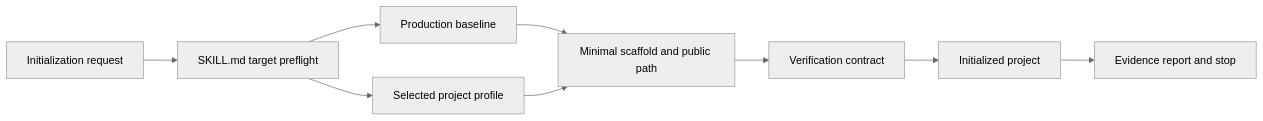
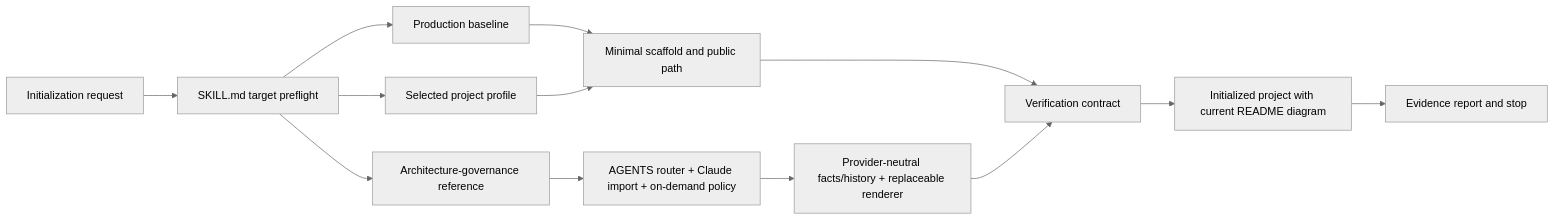
Before and after one commit to helloimcx/skills: the diagram in docs/architecture/modules/project-setup.md, drawn with Mermaid (neutral theme). The commit also changed other lines of this file and 13 other files, not shown here.

Commit message:
feat: add architecture governance to project setup

````diff
--- a/docs/architecture/modules/project-setup.md
+++ b/docs/architecture/modules/project-setup.md
@@ -39,11 +46,15 @@
 ```mermaid
 flowchart LR
     A["Initialization request"] --> B["SKILL.md target preflight"]
     B --> C["Production baseline"]
     B --> D["Selected project profile"]
+    B --> K["Architecture-governance reference"]
     C --> E["Minimal scaffold and public path"]
     D --> E
+    K --> P["AGENTS router + Claude import + on-demand policy"]
+    P --> R["Provider-neutral facts/history + replaceable renderer"]
     E --> F["Verification contract"]
-    F --> G["Initialized project"]
+    R --> F
+    F --> G["Initialized project with current README diagram"]
     G --> H["Evidence report and stop"]
 ```
````
